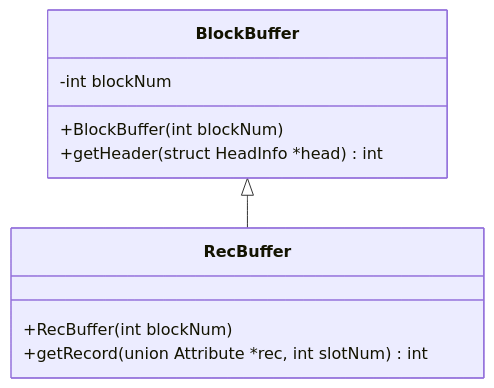
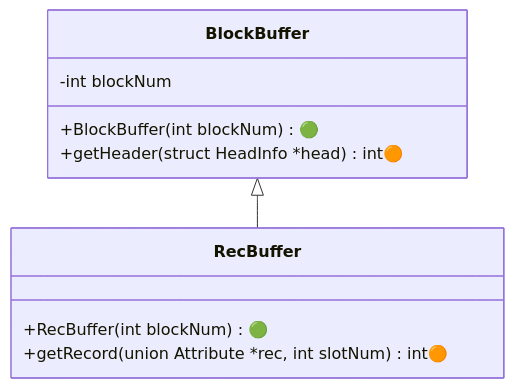
The diagram in docs/Roadmap/Stage02.md (NITCbase/nitcbase.github.io), drawn with Mermaid before and after one commit. The commit also changed other lines of this file, not shown here.

Commit message:
added colour code to class diagram

````diff
--- a/docs/Roadmap/Stage02.md
+++ b/docs/Roadmap/Stage02.md
@@ -147,12 +149,12 @@
 ```mermaid
 classDiagram
   direction TD
   BlockBuffer <|-- RecBuffer
   BlockBuffer : -int blockNum
-  BlockBuffer : +BlockBuffer(int blockNum)
-  BlockBuffer : +getHeader(struct HeadInfo *head) int
+  BlockBuffer : +BlockBuffer(int blockNum) 🟢
+  BlockBuffer : +getHeader(struct HeadInfo *head) int🟠
   class RecBuffer{
-    +RecBuffer(int blockNum)
-    +getRecord(union Attribute *rec, int slotNum) int
+    +RecBuffer(int blockNum) 🟢
+    +getRecord(union Attribute *rec, int slotNum) int🟠
   }
 ```
````
